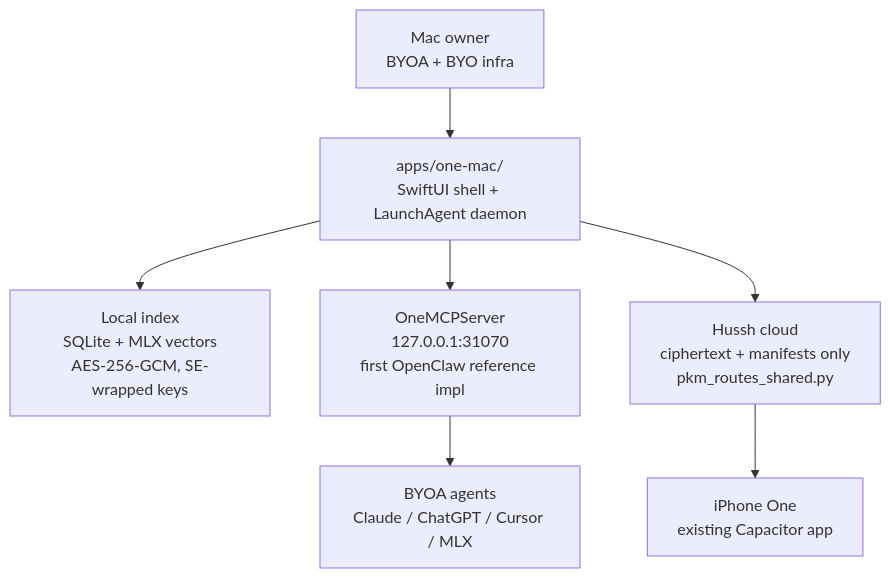
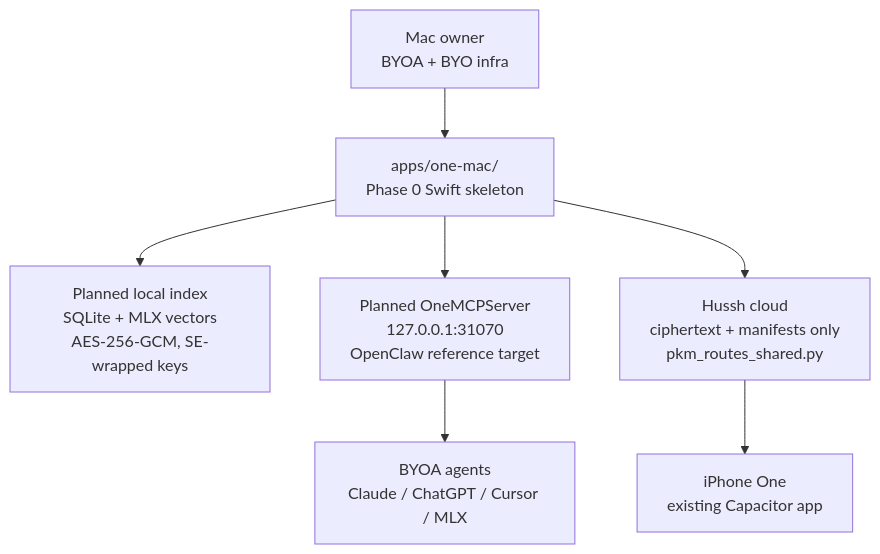
The diagram in docs/future/one-mac-knowledge-base-app.md (hushh-labs/hushh-research), drawn with Mermaid before and after one commit. The commit also changed other lines of this file and 31 other files, not shown here.

Commit message:
chore: scale pr governance and one kyc disclosure flow

````diff
--- a/docs/future/one-mac-knowledge-base-app.md
+++ b/docs/future/one-mac-knowledge-base-app.md
@@ -13,17 +13,17 @@
 ```mermaid
 flowchart TB
   user["Mac owner<br/>BYOA + BYO infra"]
-  one_mac["apps/one-mac/<br/>SwiftUI shell + LaunchAgent daemon"]
-  index["Local index<br/>SQLite + MLX vectors<br/>AES-256-GCM, SE-wrapped keys"]
-  mcp["OneMCPServer<br/>127.0.0.1:31070<br/>first OpenClaw reference impl"]
+  one_mac["apps/one-mac/<br/>Phase 0 Swift skeleton"]
+  index["Planned local index<br/>SQLite + MLX vectors<br/>AES-256-GCM, SE-wrapped keys"]
+  mcp["Planned OneMCPServer<br/>127.0.0.1:31070<br/>OpenClaw reference target"]
   cloud["Hussh cloud<br/>ciphertext + manifests only<br/>pkm_routes_shared.py"]
   agents["BYOA agents<br/>Claude / ChatGPT / Cursor / MLX"]
   iphone["iPhone One<br/>existing Capacitor app"]
 
   user --> one_mac
   one_mac --> index
   one_mac --> mcp
   mcp --> agents
   one_mac --> cloud
   cloud --> iphone
 ```
````
